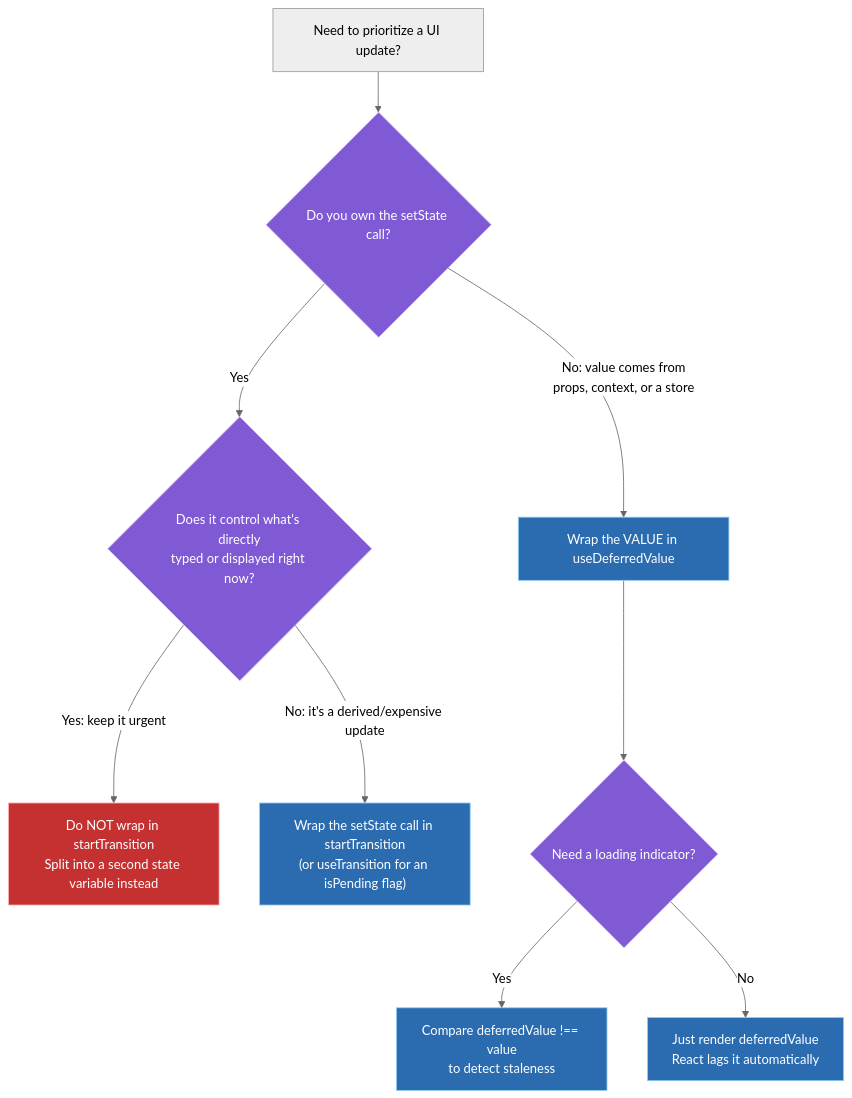
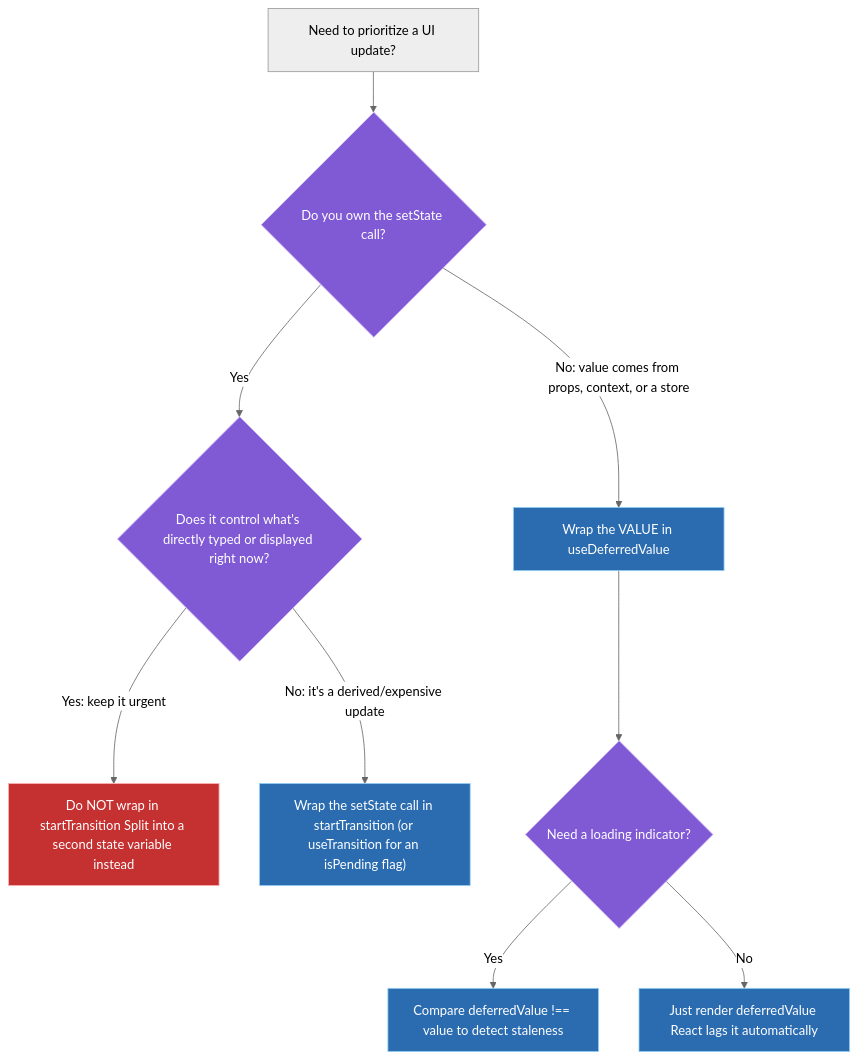
Before and after one commit to vinayakhumberi/litmus: the first of 3 diagrams in data/topics/react-18-features.md, drawn with Mermaid (neutral theme). The commit also changed other lines of this file and 68 other files, not shown here.

````diff
--- a/data/topics/react-18-features.md
+++ b/data/topics/react-18-features.md
@@ -121,19 +121,19 @@
 ```mermaid
 graph TD
     A["Need to prioritize a UI update?"] --> B{"Do you own the setState call?"}
-    B -- "Yes" --> C{"Does it control what's directly<br>typed or displayed right now?"}
-    C -- "Yes: keep it urgent" --> D["Do NOT wrap in startTransition<br>Split into a second state variable instead"]
-    C -- "No: it's a derived/expensive update" --> E["Wrap the setState call in startTransition<br>(or useTransition for an isPending flag)"]
-    B -- "No: value comes from<br>props, context, or a store" --> F["Wrap the VALUE in useDeferredValue"]
+    B -- "Yes" --> C{"Does it control what's directly typed or displayed right now?"}
+    C -- "Yes: keep it urgent" --> D["Do NOT wrap in startTransition Split into a second state variable instead"]
+    C -- "No: it's a derived/expensive update" --> E["Wrap the setState call in startTransition (or useTransition for an isPending flag)"]
+    B -- "No: value comes from props, context, or a store" --> F["Wrap the VALUE in useDeferredValue"]
     F --> G{"Need a loading indicator?"}
-    G -- "Yes" --> H["Compare deferredValue !== value<br>to detect staleness"]
-    G -- "No" --> I["Just render deferredValue<br>React lags it automatically"]
+    G -- "Yes" --> H["Compare deferredValue !== value to detect staleness"]
+    G -- "No" --> I["Just render deferredValue React lags it automatically"]
 
     classDef urgent fill:#c53030,stroke:#feb2b2,color:#fff
     classDef deferred fill:#2b6cb0,stroke:#90cdf4,color:#fff
     classDef decision fill:#805ad5,stroke:#d6bcfa,color:#fff
 
     class D urgent
     class E,F,H,I deferred
     class B,C,G decision
 ```
````
